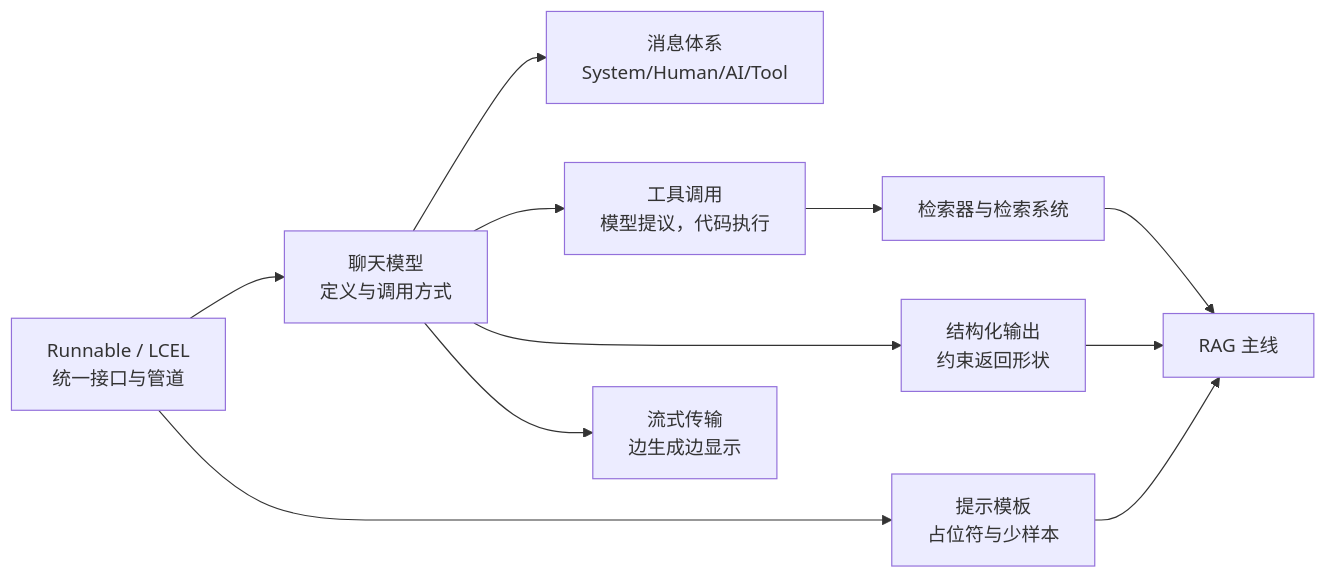
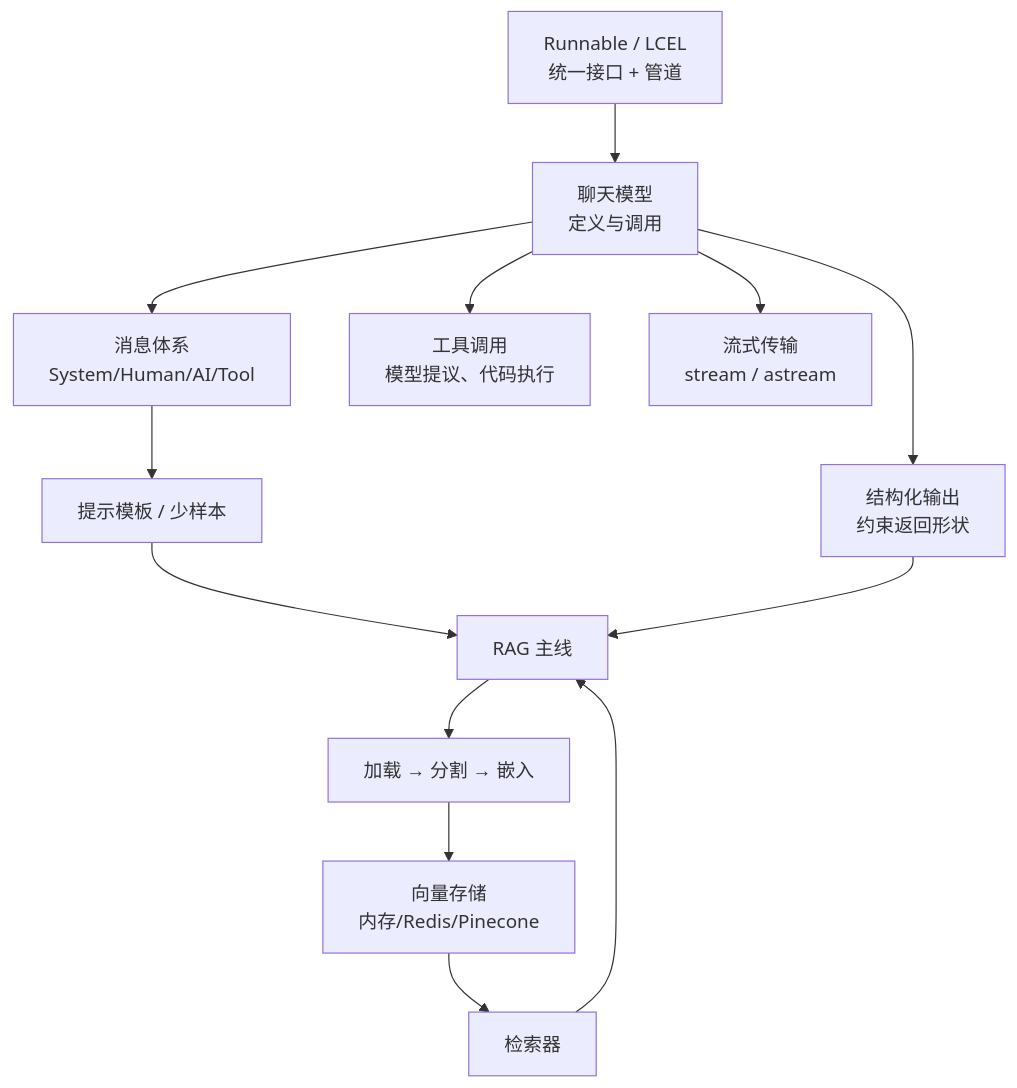
The second of 12 diagrams in src/content/posts/ai/langchain-nengli-xiangjie.md (HandlerOne01/IMiss_Blog), drawn with Mermaid before and after one commit. The commit also changed other lines of this file and 6 other files, not shown here.

````diff
--- a/src/content/posts/ai/langchain-nengli-xiangjie.md
+++ b/src/content/posts/ai/langchain-nengli-xiangjie.md
@@ -18,13 +112,15 @@
 ```mermaid
-flowchart LR
-    A["Runnable / LCEL<br/>统一接口与管道"] --> B["聊天模型<br/>定义与调用方式"]
-    B --> C["消息体系<br/>System/Human/AI/Tool"]
-    B --> D["工具调用<br/>模型提议，代码执行"]
-    B --> E["结构化输出<br/>约束返回形状"]
-    B --> F["流式传输<br/>边生成边显示"]
-    A --> G["提示模板<br/>占位符与少样本"]
-    G --> H["RAG 主线"]
-    E --> H
-    D --> I["检索器与检索系统"]
-    I --> H
+flowchart TD
+    R["Runnable / LCEL<br/>统一接口 + 管道"] --> CM["聊天模型<br/>定义与调用"]
+    CM --> MSG["消息体系<br/>System/Human/AI/Tool"]
+    CM --> TOOL["工具调用<br/>模型提议、代码执行"]
+    CM --> SO["结构化输出<br/>约束返回形状"]
+    CM --> ST["流式传输<br/>stream / astream"]
+    MSG --> PT["提示模板 / 少样本"]
+    PT --> RAG["RAG 主线"]
+    SO --> RAG
+    RAG --> LOAD["加载 → 分割 → 嵌入"]
+    LOAD --> VS["向量存储<br/>内存/Redis/Pinecone"]
+    VS --> RET["检索器"]
+    RET --> RAG
 ```
````
